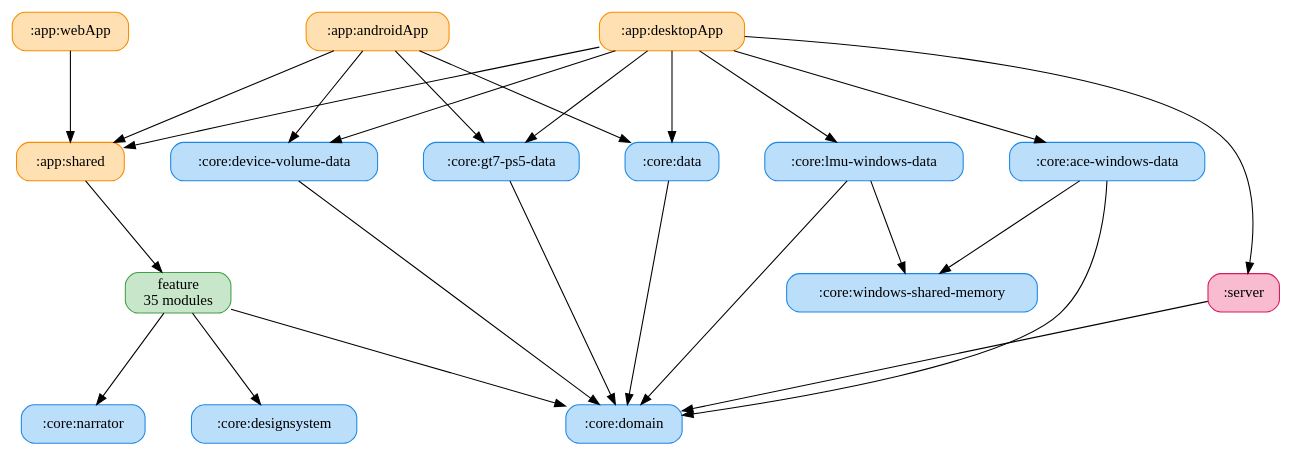
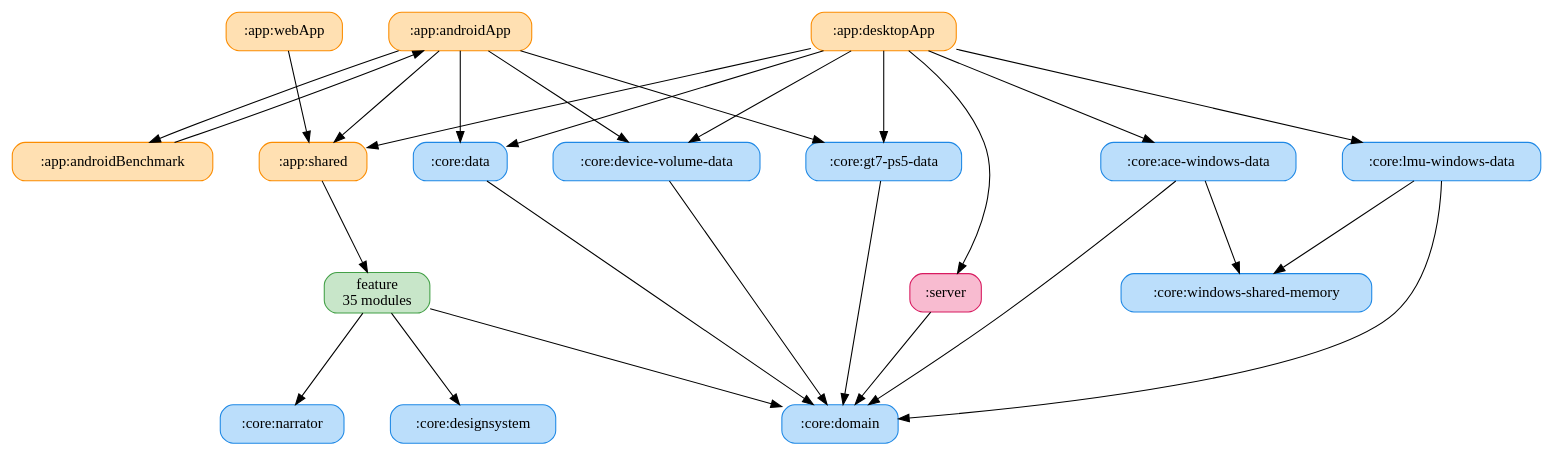
Before and after one commit to ai-kurou/KoDriver: the diagram in docs/graphs/full-graph.gv, drawn with Graphviz. The commit also changed 18 other files, not shown here.

```diff
--- a/docs/graphs/full-graph.gv
+++ b/docs/graphs/full-graph.gv
@@ -1,44 +1,47 @@
 digraph G {
   rankdir=TB
   graph [ranksep=1.2, nodesep=0.6]
   node [shape=box, style="rounded,filled"]
   ":app:androidApp" [label=":app:androidApp", fillcolor="#FFE0B2", color="#FB8C00"]
+  ":app:androidBenchmark" [label=":app:androidBenchmark", fillcolor="#FFE0B2", color="#FB8C00"]
   ":app:desktopApp" [label=":app:desktopApp", fillcolor="#FFE0B2", color="#FB8C00"]
   ":app:shared" [label=":app:shared", fillcolor="#FFE0B2", color="#FB8C00"]
   ":app:webApp" [label=":app:webApp", fillcolor="#FFE0B2", color="#FB8C00"]
   ":core:ace-windows-data" [label=":core:ace-windows-data", fillcolor="#BBDEFB", color="#1E88E5"]
   ":core:data" [label=":core:data", fillcolor="#BBDEFB", color="#1E88E5"]
   ":core:designsystem" [label=":core:designsystem", fillcolor="#BBDEFB", color="#1E88E5"]
   ":core:device-volume-data" [label=":core:device-volume-data", fillcolor="#BBDEFB", color="#1E88E5"]
   ":core:domain" [label=":core:domain", fillcolor="#BBDEFB", color="#1E88E5"]
   ":core:gt7-ps5-data" [label=":core:gt7-ps5-data", fillcolor="#BBDEFB", color="#1E88E5"]
   ":core:lmu-windows-data" [label=":core:lmu-windows-data", fillcolor="#BBDEFB", color="#1E88E5"]
   ":core:narrator" [label=":core:narrator", fillcolor="#BBDEFB", color="#1E88E5"]
   ":core:windows-shared-memory" [label=":core:windows-shared-memory", fillcolor="#BBDEFB", color="#1E88E5"]
   ":server" [label=":server", fillcolor="#F8BBD0", color="#D81B60"]
   "feature" [label="feature\n35 modules", fillcolor="#C8E6C9", color="#43A047"]
+  ":app:androidApp" -> ":app:androidBenchmark"
   ":app:androidApp" -> ":app:shared"
   ":app:androidApp" -> ":core:data"
   ":app:androidApp" -> ":core:device-volume-data"
   ":app:androidApp" -> ":core:gt7-ps5-data"
+  ":app:androidBenchmark" -> ":app:androidApp"
   ":app:desktopApp" -> ":app:shared"
   ":app:desktopApp" -> ":core:ace-windows-data"
   ":app:desktopApp" -> ":core:data"
   ":app:desktopApp" -> ":core:device-volume-data"
   ":app:desktopApp" -> ":core:gt7-ps5-data"
   ":app:desktopApp" -> ":core:lmu-windows-data"
   ":app:desktopApp" -> ":server"
   ":app:shared" -> "feature"
   ":app:webApp" -> ":app:shared"
   ":core:ace-windows-data" -> ":core:domain"
   ":core:ace-windows-data" -> ":core:windows-shared-memory"
   ":core:data" -> ":core:domain"
   ":core:device-volume-data" -> ":core:domain"
   ":core:gt7-ps5-data" -> ":core:domain"
   ":core:lmu-windows-data" -> ":core:domain"
   ":core:lmu-windows-data" -> ":core:windows-shared-memory"
   ":server" -> ":core:domain"
   "feature" -> ":core:designsystem"
   "feature" -> ":core:domain"
   "feature" -> ":core:narrator"
 }
```
